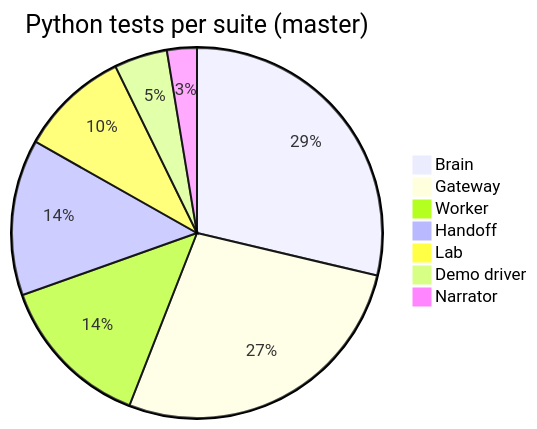
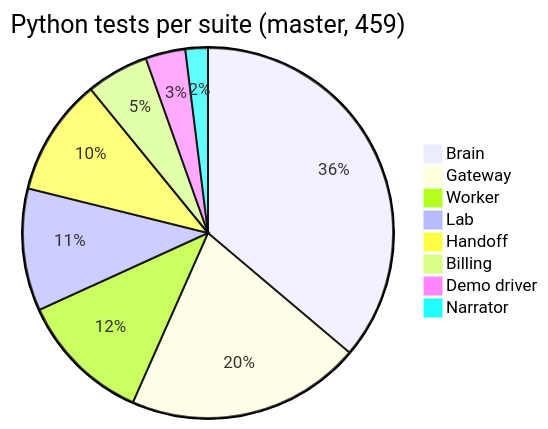
The diagram in prototype-docs/10_TESTING.md (yashodeepchaudhari/tenantguard), drawn with Mermaid before and after one commit. The commit also changed other lines of this file and 23 other files, not shown here.

Commit message:
Prototype docs: catalogs, sequences, config, risks and testing describe the final master; new billing catalog

````diff
--- a/prototype-docs/10_TESTING.md
+++ b/prototype-docs/10_TESTING.md
@@ -21,10 +23,11 @@
 ```mermaid
-pie title Python tests per suite (master)
-  "Brain" : 99
+pie title Python tests per suite (master, 459)
+  "Brain" : 166
   "Gateway" : 94
-  "Worker" : 47
+  "Worker" : 53
+  "Lab" : 49
   "Handoff" : 47
-  "Lab" : 33
+  "Billing" : 25
   "Demo driver" : 16
   "Narrator" : 9
 ```
````
